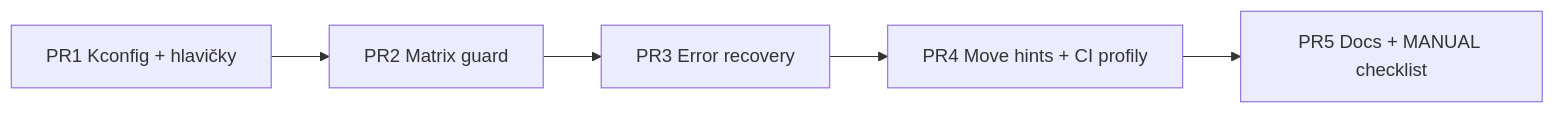
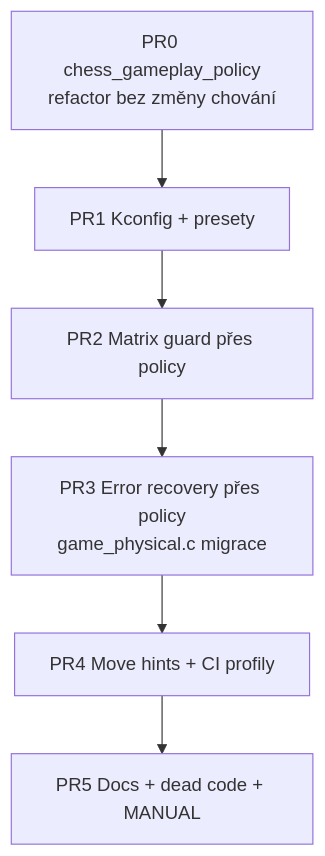
One commit to AlfredKrutina/chess_esp32_c6_devkit changed the second of 2 diagrams in docs/reference/MENUCONFIG_FEATURES_PLAN.md. Above: the diagram before and after it, drawn with Mermaid. The commit also changed other lines of this file, not shown here.

````diff
--- a/docs/reference/MENUCONFIG_FEATURES_PLAN.md
+++ b/docs/reference/MENUCONFIG_FEATURES_PLAN.md
@@ -175,7 +314,10 @@
 ```mermaid
-flowchart LR
-  A[PR1 Kconfig + hlavičky] --> B[PR2 Matrix guard]
-  B --> C[PR3 Error recovery]
-  C --> D[PR4 Move hints + CI profily]
-  D --> E[PR5 Docs + MANUAL checklist]
+flowchart TD
+  P0[PR0 chess_gameplay_policy\nrefactor bez změny chování]
+  P1[PR1 Kconfig + presety]
+  P2[PR2 Matrix guard přes policy]
+  P3[PR3 Error recovery přes policy\ngame_physical.c migrace]
+  P4[PR4 Move hints + CI profily]
+  P5[PR5 Docs + dead code + MANUAL]
+  P0 --> P1 --> P2 --> P3 --> P4 --> P5
 ```
````
